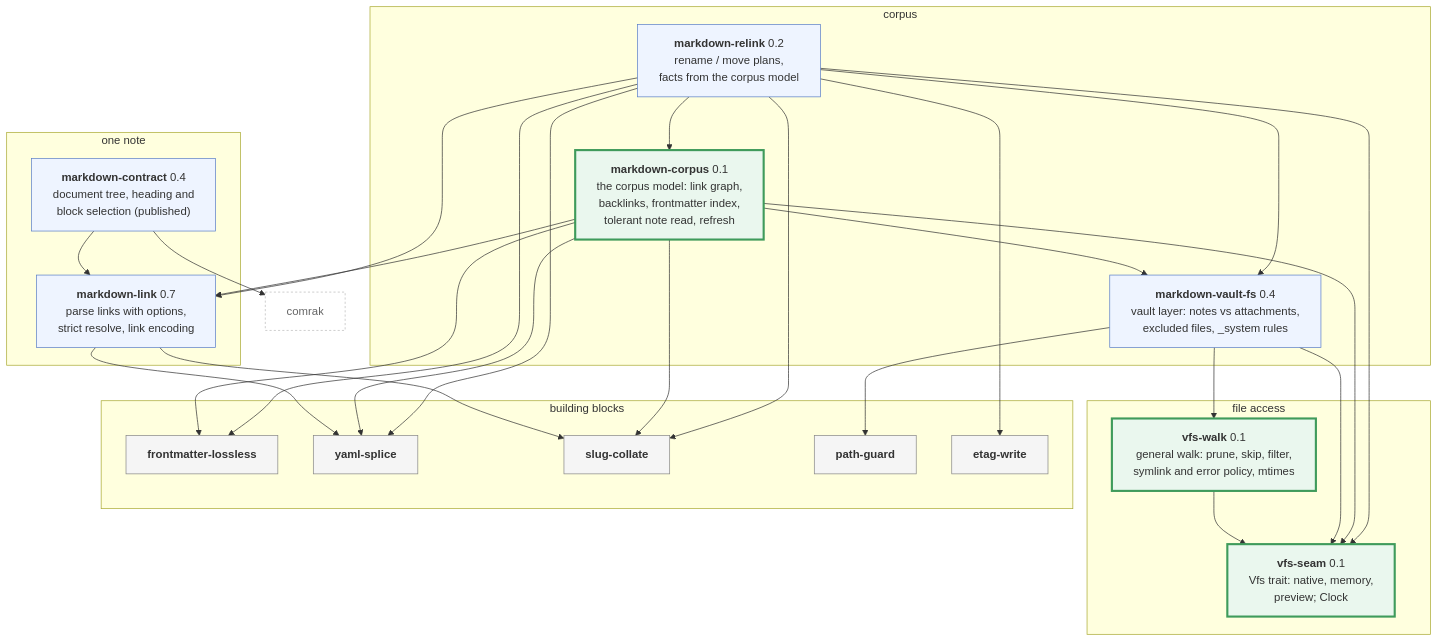
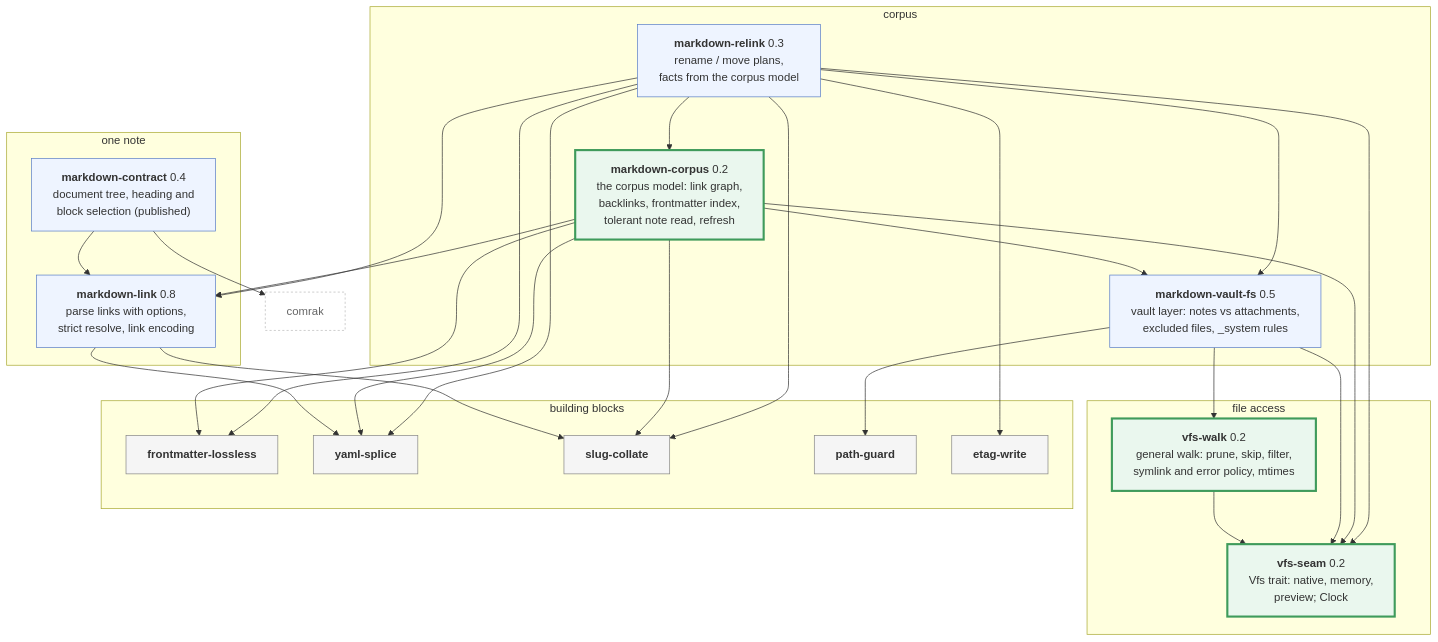
Before and after one commit to osdlc/osdlc: the second of 2 diagrams in docs/architecture/markdown-ecosystem.md, drawn with Mermaid. The commit also changed other lines of this file and 18 other files, not shown here.

First line of the commit message:
Docs and changelogs for the corpus walk options

````diff
--- a/docs/architecture/markdown-ecosystem.md
+++ b/docs/architecture/markdown-ecosystem.md
@@ -74,57 +74,57 @@
 ```mermaid
 %%{init: {"flowchart": {"htmlLabels": false, "wrappingWidth": 400}}}%%
 flowchart TB
   classDef md fill:#eef4ff,stroke:#5b7fc7
   classDef base fill:#f5f5f5,stroke:#888
   classDef new fill:#eaf7ee,stroke:#3f9b5b,stroke-width:3px
   classDef ext fill:#ffffff,stroke:#bbb,stroke-dasharray:3 3,color:#666
 
   subgraph VAULT[corpus]
-    MR["<b>markdown-relink</b> 0.2<br/>rename / move plans,<br/>facts from the corpus model"]:::md
-    MV["<b>markdown-corpus</b> 0.1<br/>the corpus model: link graph,<br/>backlinks, frontmatter index,<br/>tolerant note read, refresh"]:::new
-    MVF["<b>markdown-vault-fs</b> 0.4<br/>vault layer: notes vs attachments,<br/>excluded files, _system rules"]:::md
+    MR["<b>markdown-relink</b> 0.3<br/>rename / move plans,<br/>facts from the corpus model"]:::md
+    MV["<b>markdown-corpus</b> 0.2<br/>the corpus model: link graph,<br/>backlinks, frontmatter index,<br/>tolerant note read, refresh"]:::new
+    MVF["<b>markdown-vault-fs</b> 0.5<br/>vault layer: notes vs attachments,<br/>excluded files, _system rules"]:::md
   end
 
   subgraph DOC[one note]
     MC["<b>markdown-contract</b> 0.4<br/>document tree, heading and<br/>block selection (published)"]:::md
-    ML["<b>markdown-link</b> 0.7<br/>parse links with options,<br/>strict resolve, link encoding"]:::md
+    ML["<b>markdown-link</b> 0.8<br/>parse links with options,<br/>strict resolve, link encoding"]:::md
   end
 
   subgraph IO[file access]
-    VW["<b>vfs-walk</b> 0.1<br/>general walk: prune, skip, filter,<br/>symlink and error policy, mtimes"]:::new
-    VFS["<b>vfs-seam</b> 0.1<br/>Vfs trait: native, memory,<br/>preview; Clock"]:::new
+    VW["<b>vfs-walk</b> 0.2<br/>general walk: prune, skip, filter,<br/>symlink and error policy, mtimes"]:::new
+    VFS["<b>vfs-seam</b> 0.2<br/>Vfs trait: native, memory,<br/>preview; Clock"]:::new
   end
 
   subgraph BASE[building blocks]
     FL["<b>frontmatter-lossless</b>"]:::base
     YS["<b>yaml-splice</b>"]:::base
     SC["<b>slug-collate</b>"]:::base
     PG["<b>path-guard</b>"]:::base
     EW["<b>etag-write</b>"]:::base
   end
 
   CM["comrak"]:::ext
 
   MR --> MV
   MR --> MVF
   MR --> ML
   MR --> VFS
   MR --> FL
   MR --> YS
   MR --> SC
   MR --> EW
   MV --> MVF
   MV --> ML
   MV --> VFS
   MV --> FL
   MV --> YS
   MV --> SC
   MVF --> VW
   MVF --> VFS
   MVF --> PG
   VW --> VFS
   MC --> ML
   MC --> CM
   ML --> YS
   ML --> SC
 ```
````
